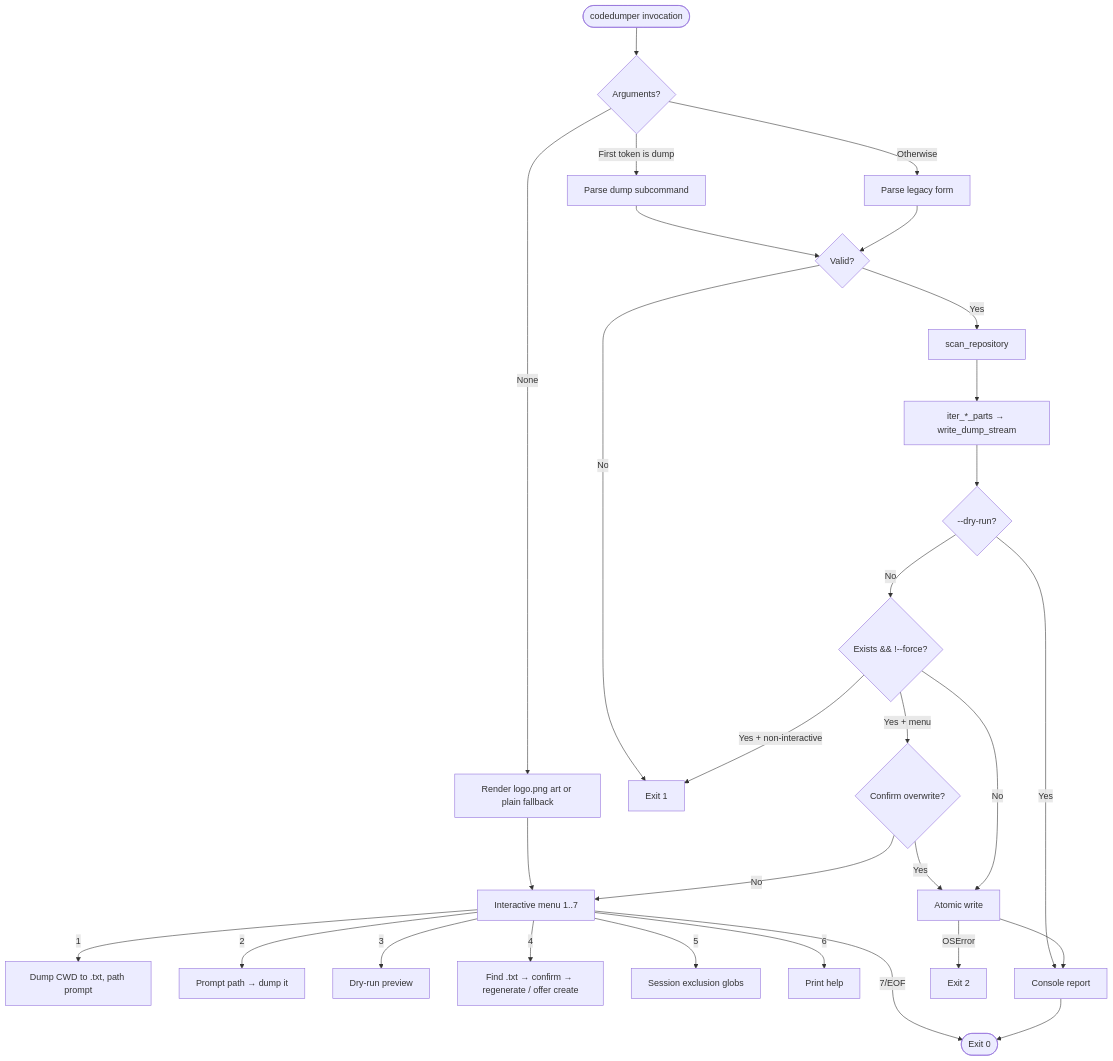
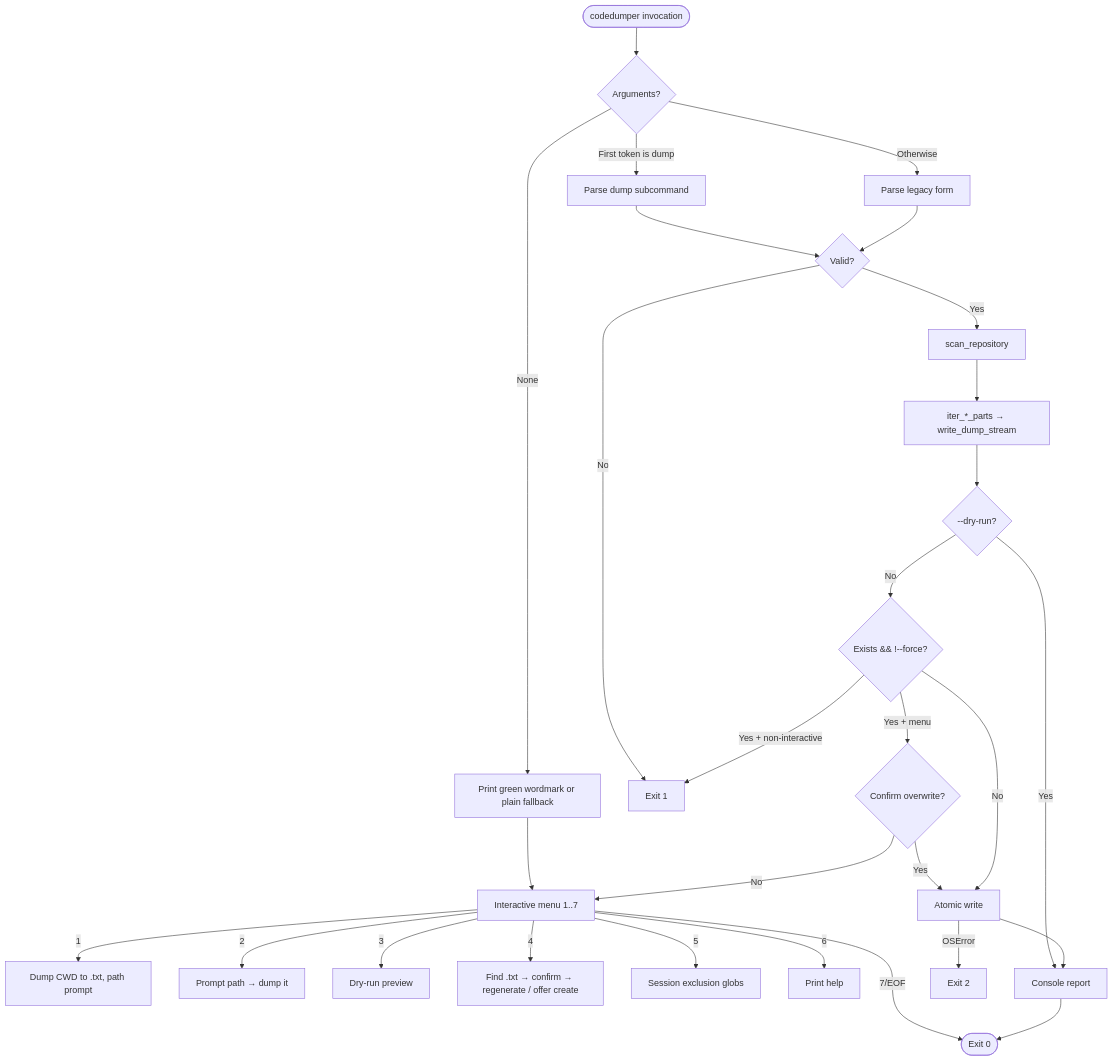
The first of 2 diagrams in docs/DRD.md (farhadakhtar/code_dumper), drawn with Mermaid before and after one commit. The commit also changed other lines of this file, not shown here.

````diff
--- a/docs/DRD.md
+++ b/docs/DRD.md
@@ -268,30 +247,30 @@
 ```mermaid
 flowchart TD
     Invoke([codedumper invocation]) --> HasArgs{Arguments?}
-    HasArgs -->|None| Logo[Render logo.png art or plain fallback]
+    HasArgs -->|None| Logo[Print green wordmark or plain fallback]
     Logo --> Menu[Interactive menu 1..7]
     HasArgs -->|First token is dump| Sub[Parse dump subcommand]
     HasArgs -->|Otherwise| Leg[Parse legacy form]
     Menu -->|1| Get[Dump CWD to .txt, path prompt]
     Menu -->|2| Other[Prompt path → dump it]
     Menu -->|3| Dry[Dry-run preview]
     Menu -->|4| Update[Find .txt → confirm → regenerate / offer create]
     Menu -->|5| Excl[Session exclusion globs]
     Menu -->|6| Help[Print help]
     Menu -->|7/EOF| Exit0([Exit 0])
     Sub --> Val{Valid?}
     Leg --> Val
     Val -->|No| Exit1[Exit 1]
     Val -->|Yes| Scan[scan_repository]
     Scan --> Stream[iter_*_parts → write_dump_stream]
     Stream --> IsDry{--dry-run?}
     IsDry -->|Yes| Report[Console report]
     IsDry -->|No| Guard{Exists && !--force?}
     Guard -->|Yes + non-interactive| Exit1
     Guard -->|Yes + menu| Confirm{Confirm overwrite?}
     Confirm -->|No| Menu
     Confirm -->|Yes| Write[Atomic write]
     Guard -->|No| Write
     Write -->|OSError| Exit2[Exit 2]
     Write --> Report --> Exit0
 ```
````
